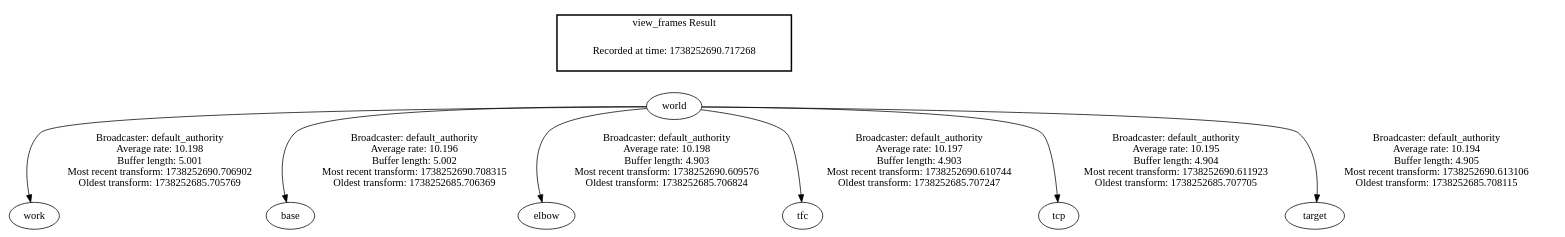
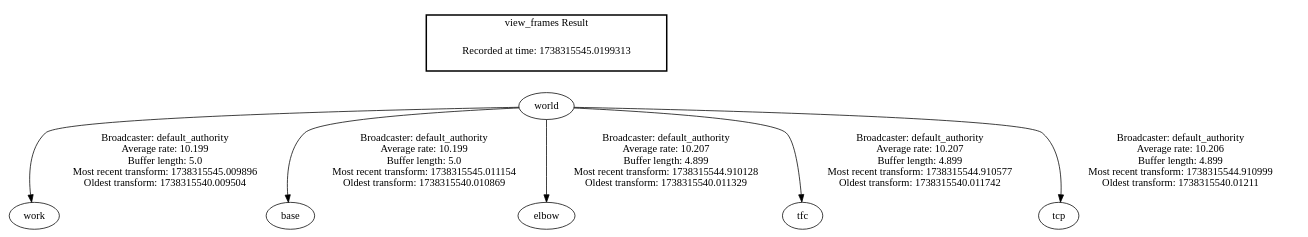
Before and after one commit to M0m000/Thesis: the diagram in frames.gv, drawn with Graphviz. The commit also changed 1116 other files, not shown here.

```diff
--- a/frames.gv
+++ b/frames.gv
@@ -1,12 +1,11 @@
 digraph G {
-"world" -> "work"[label=" Broadcaster: default_authority\nAverage rate: 10.198\nBuffer length: 5.001\nMost recent transform: 1738252690.706902\nOldest transform: 1738252685.705769\n"];
-"world" -> "base"[label=" Broadcaster: default_authority\nAverage rate: 10.196\nBuffer length: 5.002\nMost recent transform: 1738252690.708315\nOldest transform: 1738252685.706369\n"];
-"world" -> "elbow"[label=" Broadcaster: default_authority\nAverage rate: 10.198\nBuffer length: 4.903\nMost recent transform: 1738252690.609576\nOldest transform: 1738252685.706824\n"];
-"world" -> "tfc"[label=" Broadcaster: default_authority\nAverage rate: 10.197\nBuffer length: 4.903\nMost recent transform: 1738252690.610744\nOldest transform: 1738252685.707247\n"];
-"world" -> "tcp"[label=" Broadcaster: default_authority\nAverage rate: 10.195\nBuffer length: 4.904\nMost recent transform: 1738252690.611923\nOldest transform: 1738252685.707705\n"];
-"world" -> "target"[label=" Broadcaster: default_authority\nAverage rate: 10.194\nBuffer length: 4.905\nMost recent transform: 1738252690.613106\nOldest transform: 1738252685.708115\n"];
+"world" -> "work"[label=" Broadcaster: default_authority\nAverage rate: 10.199\nBuffer length: 5.0\nMost recent transform: 1738315545.009896\nOldest transform: 1738315540.009504\n"];
+"world" -> "base"[label=" Broadcaster: default_authority\nAverage rate: 10.199\nBuffer length: 5.0\nMost recent transform: 1738315545.011154\nOldest transform: 1738315540.010869\n"];
+"world" -> "elbow"[label=" Broadcaster: default_authority\nAverage rate: 10.207\nBuffer length: 4.899\nMost recent transform: 1738315544.910128\nOldest transform: 1738315540.011329\n"];
+"world" -> "tfc"[label=" Broadcaster: default_authority\nAverage rate: 10.207\nBuffer length: 4.899\nMost recent transform: 1738315544.910577\nOldest transform: 1738315540.011742\n"];
+"world" -> "tcp"[label=" Broadcaster: default_authority\nAverage rate: 10.206\nBuffer length: 4.899\nMost recent transform: 1738315544.910999\nOldest transform: 1738315540.01211\n"];
 edge [style=invis];
  subgraph cluster_legend { style=bold; color=black; label ="view_frames Result";
-"Recorded at time: 1738252690.717268"[ shape=plaintext ] ;
+"Recorded at time: 1738315545.0199313"[ shape=plaintext ] ;
 }->"world";
 }
```
